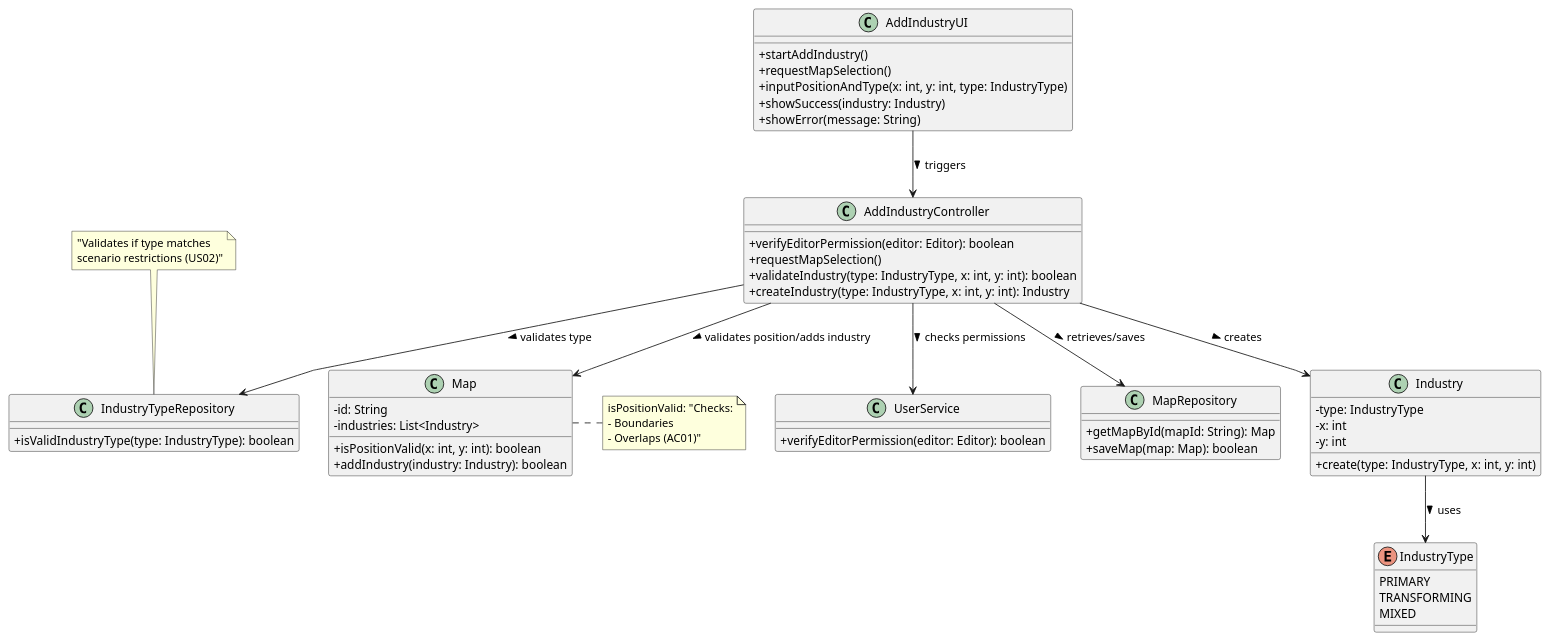
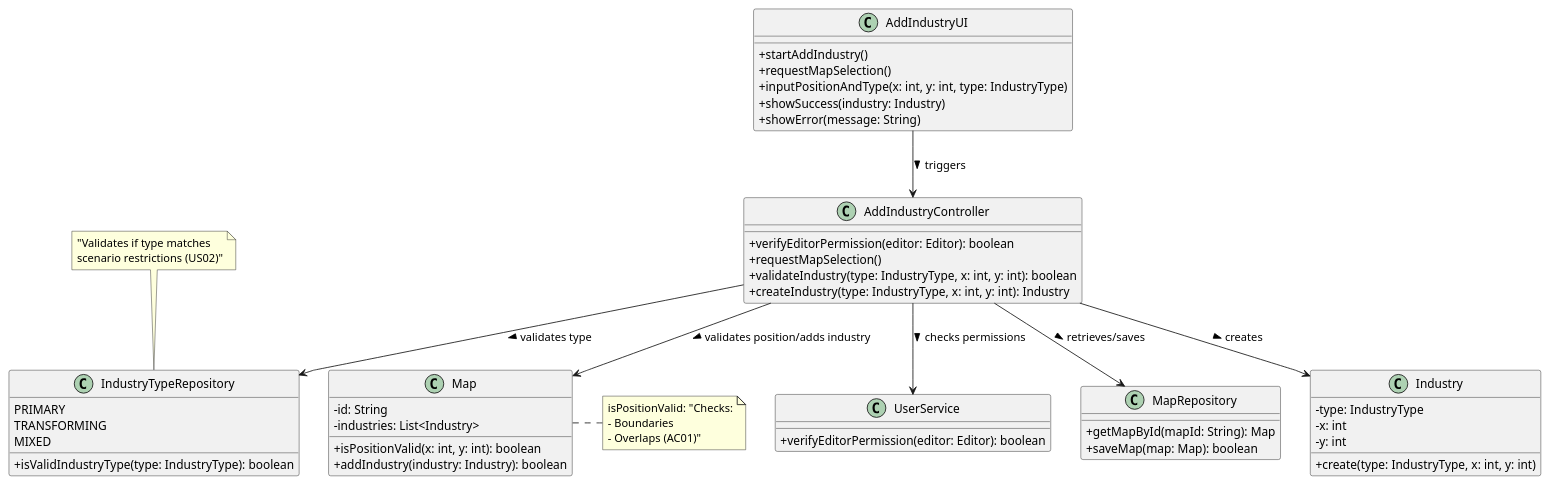
The diagram in Sprint2/US02/03.design.us02/puml/US02-CD.puml (Andremonteiro1240850/railway_simulator), drawn with PlantUML before and after one commit. The commit also changed 2 other files, not shown here.

```diff
--- a/Sprint2/US02/03.design.us02/puml/US02-CD.puml
+++ b/Sprint2/US02/03.design.us02/puml/US02-CD.puml
@@ -1,68 +1,66 @@
 @startuml
 'https://plantuml.com/class-diagram
 
 skinparam packageStyle rectangle
 skinparam shadowing false
 skinparam linetype polyline
 skinparam classAttributeIconSize 0
 
 class AddIndustryUI {
   + startAddIndustry()
   + requestMapSelection()
   + inputPositionAndType(x: int, y: int, type: IndustryType)
   + showSuccess(industry: Industry)
   + showError(message: String)
 }
 
 class AddIndustryController {
   + verifyEditorPermission(editor: Editor): boolean
   + requestMapSelection()
   + validateIndustry(type: IndustryType, x: int, y: int): boolean
   + createIndustry(type: IndustryType, x: int, y: int): Industry
 }
 
 class UserService {
   + verifyEditorPermission(editor: Editor): boolean
 }
 
 class MapRepository {
   + getMapById(mapId: String): Map
   + saveMap(map: Map): boolean
 }
 
 class IndustryTypeRepository {
   + isValidIndustryType(type: IndustryType): boolean
+   PRIMARY
+   TRANSFORMING
+   MIXED
 }
 
 class Map {
   - id: String
   - industries: List<Industry>
   + isPositionValid(x: int, y: int): boolean
   + addIndustry(industry: Industry): boolean
 }
 
 class Industry {
   - type: IndustryType
   - x: int
   - y: int
   + create(type: IndustryType, x: int, y: int)
 }
 
-enum IndustryType {
-  PRIMARY
-  TRANSFORMING
-  MIXED
-}
 
 ' Relationships
 AddIndustryUI --> AddIndustryController : triggers >
 AddIndustryController --> UserService : checks permissions >
 AddIndustryController --> MapRepository : retrieves/saves >
 AddIndustryController --> IndustryTypeRepository : validates type >
 AddIndustryController --> Map : validates position/adds industry >
 AddIndustryController --> Industry : creates >
-Industry --> IndustryType : uses >
+
 
 note top of IndustryTypeRepository: "Validates if type matches\nscenario restrictions (US02)"
 note right of Map :isPositionValid: "Checks:\n- Boundaries\n- Overlaps (AC01)"
 @enduml
```
